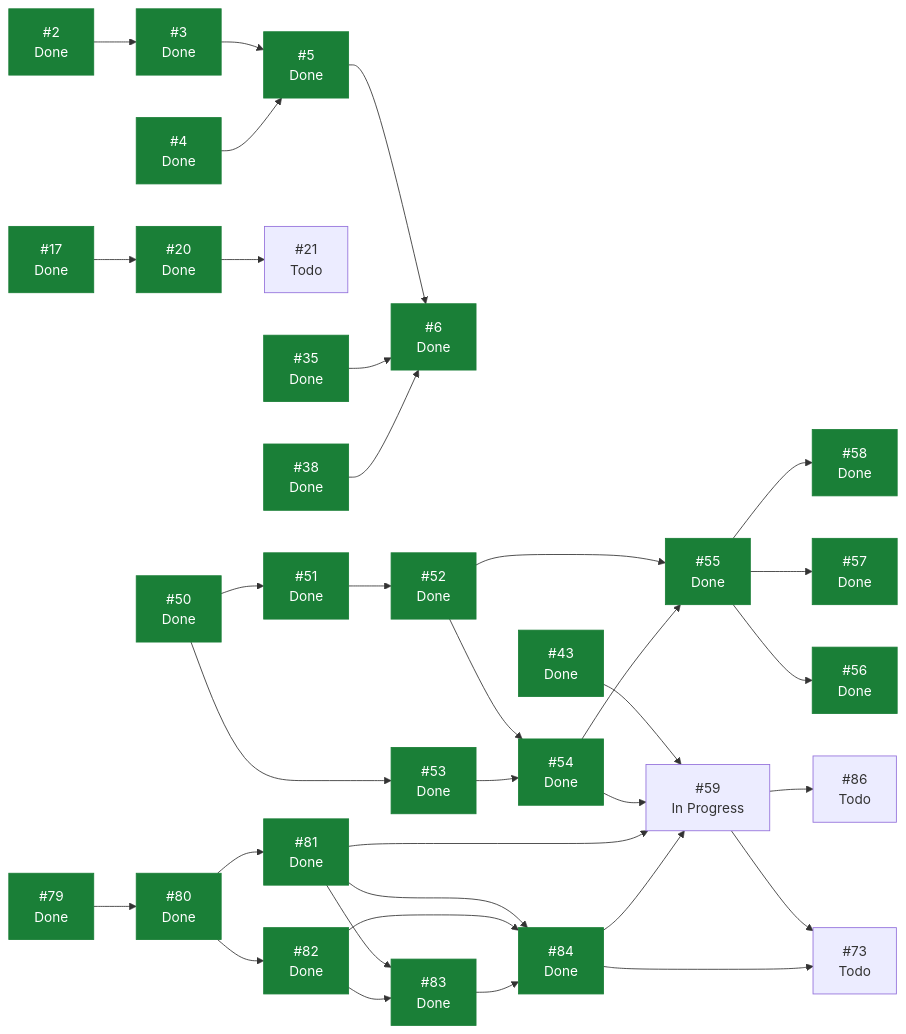
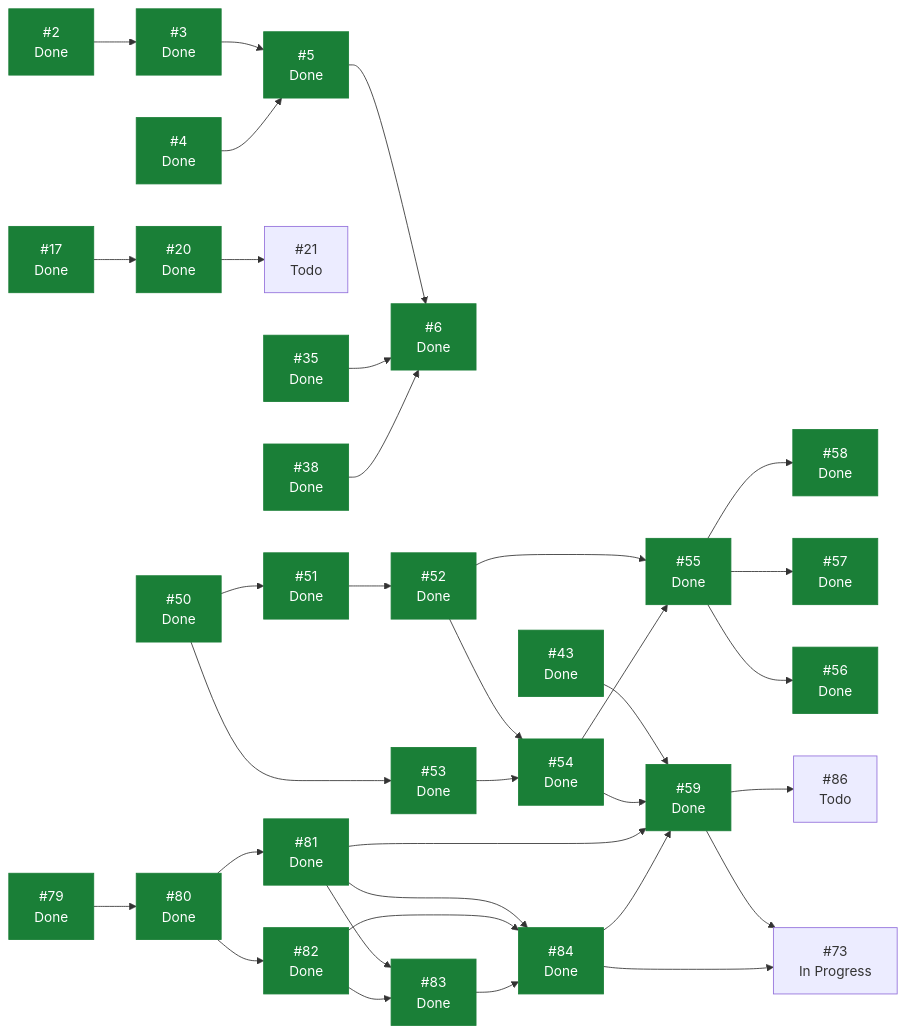
Before and after one commit to ecamp0s/evault: the diagram in docs/planning/STATUS.md, drawn with Mermaid. The commit also changed other lines of this file, not shown here.

````diff
--- a/docs/planning/STATUS.md
+++ b/docs/planning/STATUS.md
@@ -102,67 +103,67 @@
 ```mermaid
 graph LR
   I2["#2<br/>Done"]
   I3["#3<br/>Done"]
   I4["#4<br/>Done"]
   I5["#5<br/>Done"]
   I6["#6<br/>Done"]
   I17["#17<br/>Done"]
   I20["#20<br/>Done"]
   I21["#21<br/>Todo"]
   I35["#35<br/>Done"]
   I38["#38<br/>Done"]
   I43["#43<br/>Done"]
   I50["#50<br/>Done"]
   I51["#51<br/>Done"]
   I52["#52<br/>Done"]
   I53["#53<br/>Done"]
   I54["#54<br/>Done"]
   I55["#55<br/>Done"]
   I56["#56<br/>Done"]
   I57["#57<br/>Done"]
   I58["#58<br/>Done"]
-  I59["#59<br/>In Progress"]
-  I73["#73<br/>Todo"]
+  I59["#59<br/>Done"]
+  I73["#73<br/>In Progress"]
   I79["#79<br/>Done"]
   I80["#80<br/>Done"]
   I81["#81<br/>Done"]
   I82["#82<br/>Done"]
   I83["#83<br/>Done"]
   I84["#84<br/>Done"]
   I86["#86<br/>Todo"]
   I2 --> I3
   I3 --> I5
   I4 --> I5
   I5 --> I6
   I17 --> I20
   I20 --> I21
   I35 --> I6
   I38 --> I6
   I43 --> I59
   I50 --> I51
   I50 --> I53
   I51 --> I52
   I52 --> I54
   I52 --> I55
   I53 --> I54
   I54 --> I55
   I54 --> I59
   I55 --> I56
   I55 --> I57
   I55 --> I58
   I59 --> I73
   I59 --> I86
   I79 --> I80
   I80 --> I81
   I80 --> I82
   I81 --> I59
   I81 --> I83
   I81 --> I84
   I82 --> I83
   I82 --> I84
   I83 --> I84
   I84 --> I59
   I84 --> I73
   classDef hecho fill:#1a7f37,stroke:#1a7f37,color:#fff;
-  class I2,I3,I4,I5,I6,I17,I20,I35,I38,I43,I50,I51,I52,I53,I54,I55,I56,I57,I58,I79,I80,I81,I82,I83,I84 hecho;
+  class I2,I3,I4,I5,I6,I17,I20,I35,I38,I43,I50,I51,I52,I53,I54,I55,I56,I57,I58,I59,I79,I80,I81,I82,I83,I84 hecho;
 ```
````
